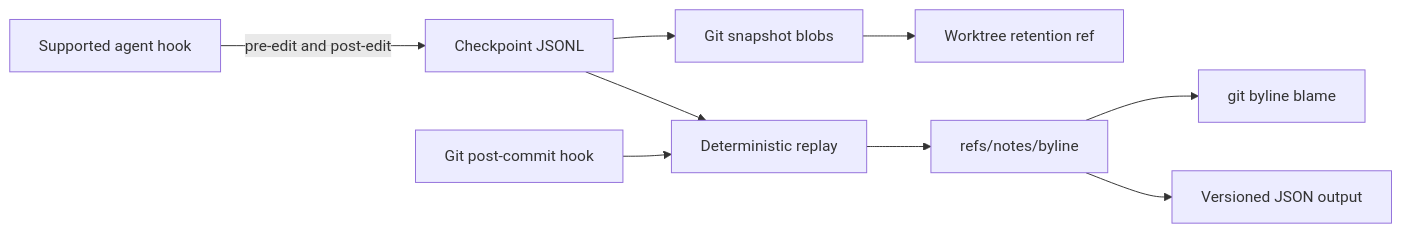
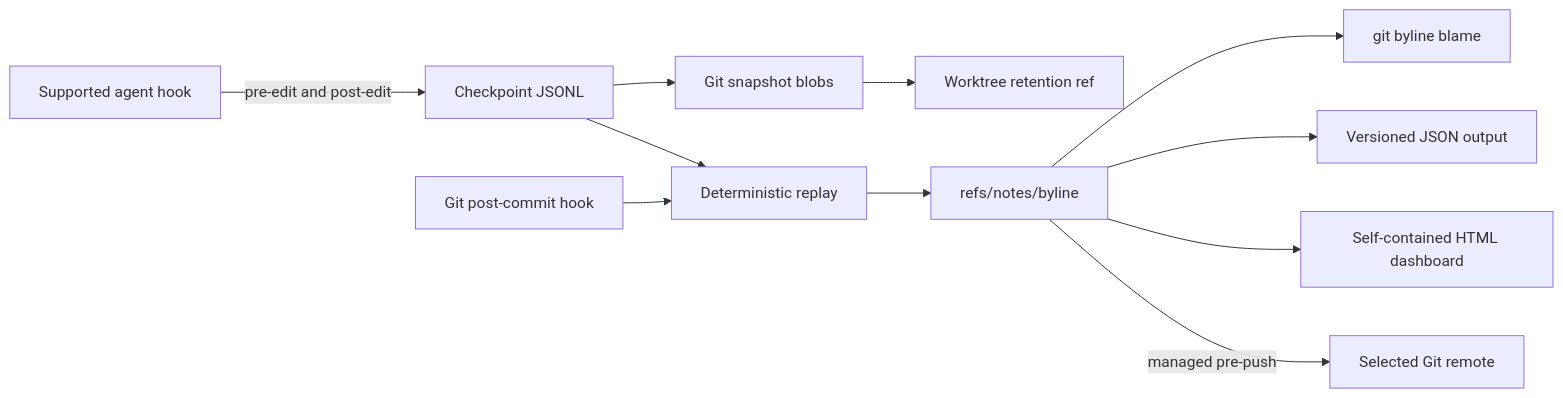
The diagram in docs/ARCHITECTURE.md (comarch/git-byline), drawn with Mermaid before and after one commit. The commit also changed other lines of this file and 36 other files, not shown here.

````diff
--- a/docs/ARCHITECTURE.md
+++ b/docs/ARCHITECTURE.md
@@ -8,11 +8,13 @@
 ```mermaid
 flowchart LR
     A[Supported agent hook] -->|pre-edit and post-edit| C[Checkpoint JSONL]
     C --> O[Git snapshot blobs]
     O --> R[Worktree retention ref]
     G[Git post-commit hook] --> P[Deterministic replay]
     C --> P
     P --> N[refs/notes/byline]
     N --> B[git byline blame]
     N --> J[Versioned JSON output]
+    N --> D[Self-contained HTML dashboard]
+    N -->|managed pre-push| X[Selected Git remote]
 ```
````
